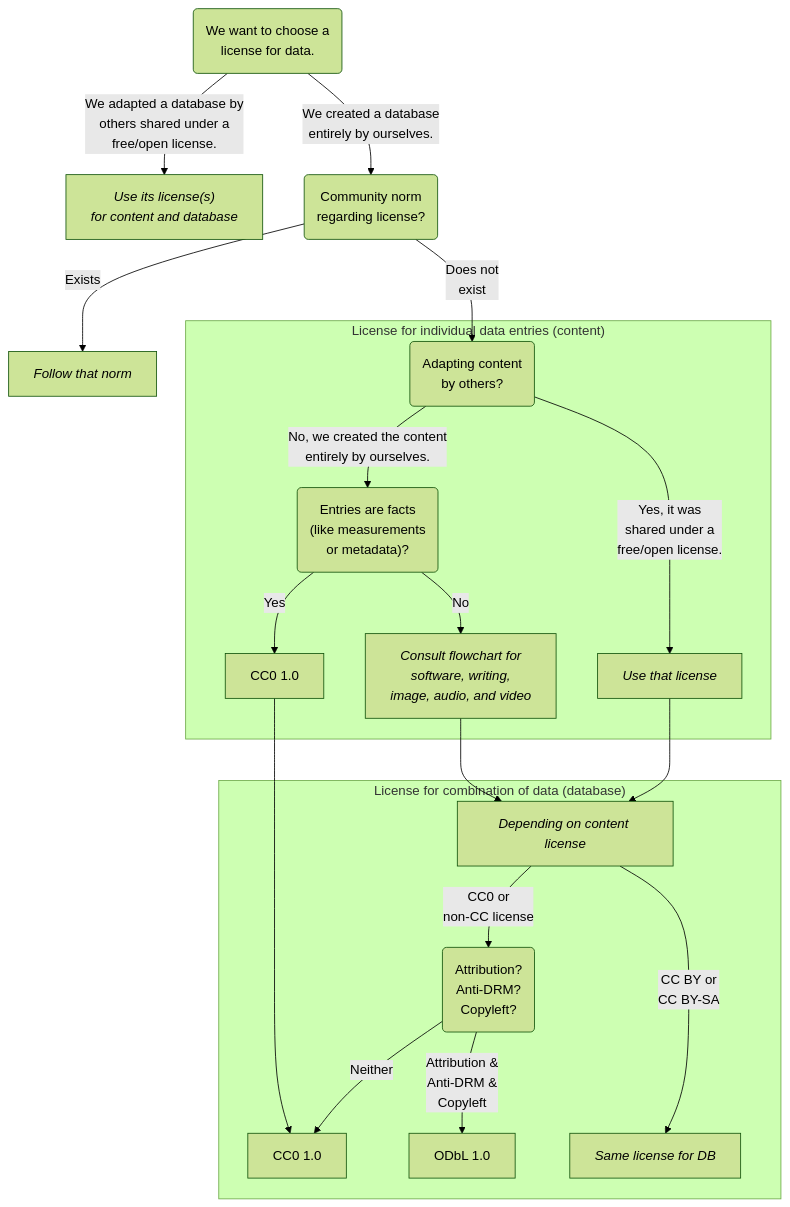
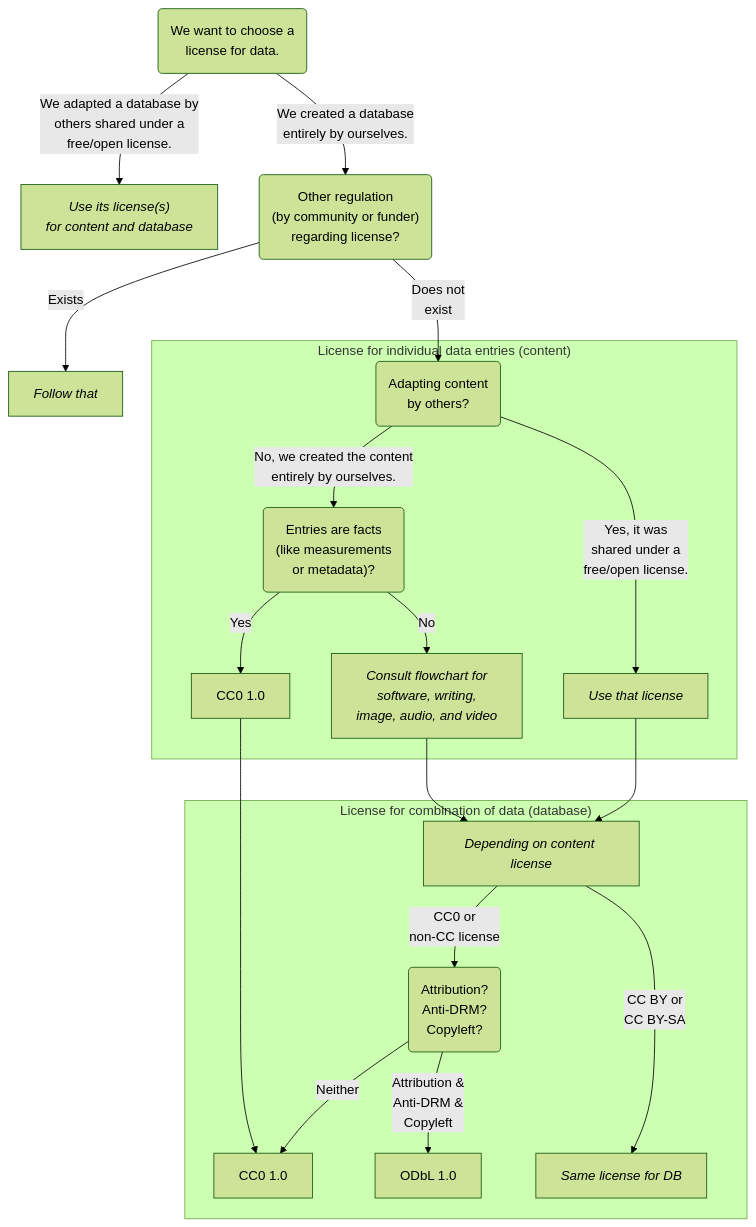
The third of 3 diagrams in choose_license.qmd (lmu-osc/code-publishing-short), drawn with Mermaid (forest theme) before and after one commit. The commit also changed other lines of this file, not shown here.

Commit message:
Mention regulation by funder

````diff
--- a/choose_license.qmd
+++ b/choose_license.qmd
@@ -367,34 +367,34 @@
 ```{mermaid}
 flowchart TB
   start("We want to choose a<br>license for data.") --"We adapted a database by<br>others shared under a<br>free/open license."--> use_existing_license_db["<em>Use its license(s)<br>for content and database</em>"]
-  start --"We created a database<br>entirely by ourselves."--> norm("Community norm<br>regarding license?")
+  start --"We created a database<br>entirely by ourselves."--> regulation("Other regulation<br>(by community or funder)<br>regarding license?")
   
-  norm --"Exists"--> follow_existing_norms["<em>Follow that norm</em>"]
-  norm --"Does not<br>exist"--> existing_license_content("Adapting content<br> by others?")
+  regulation --"Exists"--> follow_existing_norms["<em>Follow that</em>"]
+  regulation --"Does not<br>exist"--> existing_license_content("Adapting content<br> by others?")
   
   subgraph "License for individual data entries (content)"
-  existing_license_content --"No, we created the content<br>entirely by ourselves."--> metadata("Entries are facts<br>(like measurements<br>or metadata)?")
+  existing_license_content --"No, we created the content<br>entirely by ourselves."--> facts("Entries are facts<br>(like measurements<br>or metadata)?")
   existing_license_content --"Yes, it was<br>shared under a<br>free/open license."--> use_existing_license_content["<em>Use that license</em>"]
-  metadata --"Yes"--> cc0_content_metadata["CC0 1.0"]
-  metadata --"No"--> choose_license["<em>Consult flowchart for<br>software, writing,<br>image, audio, and video</em>"]
+  facts --"Yes"--> cc0_content_metadata["CC0 1.0"]
+  facts --"No"--> choose_license["<em>Consult flowchart for<br>software, writing,<br>image, audio, and video</em>"]
   end
   
   subgraph "License for combination of data (database)"
   choose_license --> switch_license["<em>Depending on content license</em>"]
   use_existing_license_content --> switch_license
   
   cc0_content_metadata --> cc0_db["CC0 1.0"]
   switch_license --"CC0 or<br>non-CC license"--> sa("Attribution?<br>Anti-DRM?<br>Copyleft?")
   switch_license --"CC BY or<br>CC BY-SA"--> same["<em>Same license for DB</em>"]
   
   sa --"Neither"--> cc0_db
   sa --"Attribution &<br>Anti-DRM &<br>Copyleft"--> odbl["ODbL 1.0"]
   
   %% the following link is only added to have terminal nodes on the same level
   sa ~~~ same
   end
   
   click cc0_content_metadata href "https://creativecommons.org/publicdomain/zero/1.0/"
   click cc0_db href "https://creativecommons.org/publicdomain/zero/1.0/"
   click odbl href "https://opendatacommons.org/licenses/odbl/summary/"
 ```
````
